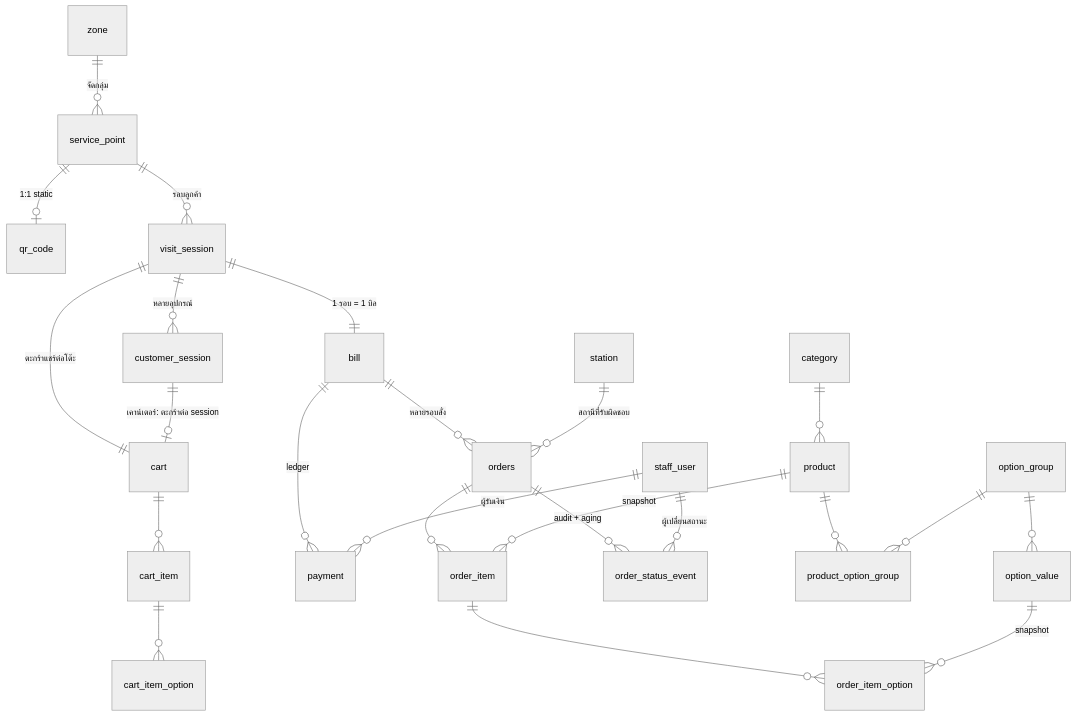
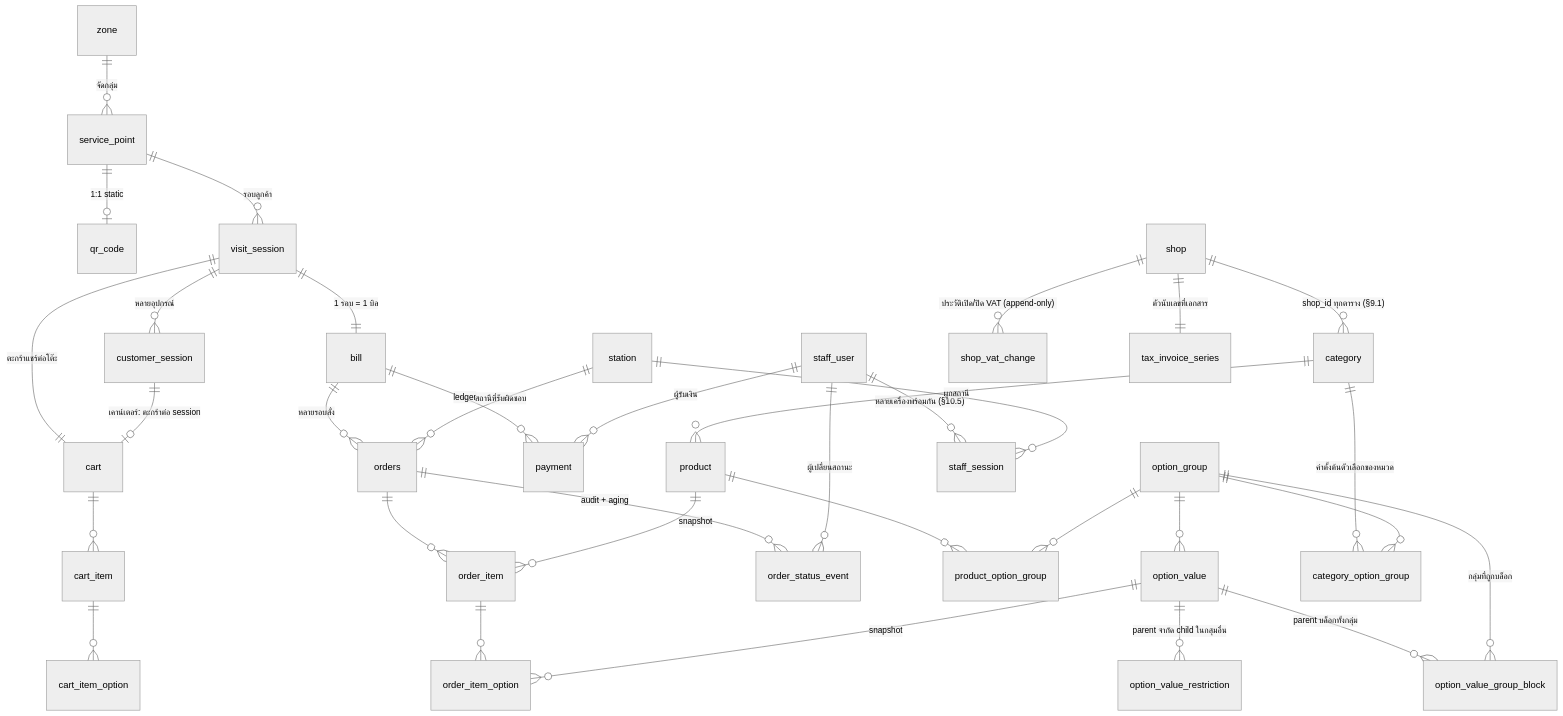
Before and after one commit to korakotcha06-dev/demo-project: the first of 3 diagrams in docs/02-design/02-technical/data-model-v1.md, drawn with Mermaid (neutral theme). The commit also changed other lines of this file and 10 other files, not shown here.

````diff
--- a/docs/02-design/02-technical/data-model-v1.md
+++ b/docs/02-design/02-technical/data-model-v1.md
@@ -32,26 +34,36 @@
 ```mermaid
 erDiagram
     zone ||--o{ service_point : "จัดกลุ่ม"
     service_point ||--o| qr_code : "1:1 static"
     service_point ||--o{ visit_session : "รอบลูกค้า"
     visit_session ||--|| cart : "ตะกร้าแชร์ต่อโต๊ะ"
     visit_session ||--|| bill : "1 รอบ = 1 บิล"
     visit_session ||--o{ customer_session : "หลายอุปกรณ์"
     customer_session ||--o| cart : "เคาน์เตอร์: ตะกร้าต่อ session"
     cart ||--o{ cart_item : ""
     cart_item ||--o{ cart_item_option : ""
     bill ||--o{ orders : "หลายรอบสั่ง"
     bill ||--o{ payment : "ledger"
     orders ||--o{ order_item : ""
     orders ||--o{ order_status_event : "audit + aging"
     order_item ||--o{ order_item_option : ""
     category ||--o{ product : ""
     product ||--o{ product_option_group : ""
     option_group ||--o{ product_option_group : ""
     option_group ||--o{ option_value : ""
     option_value ||--o{ order_item_option : "snapshot"
     product ||--o{ order_item : "snapshot"
     station ||--o{ orders : "สถานีที่รับผิดชอบ"
     staff_user ||--o{ payment : "ผู้รับเงิน"
     staff_user ||--o{ order_status_event : "ผู้เปลี่ยนสถานะ"
+    shop ||--o{ category : "shop_id ทุกตาราง (§9.1)"
+    staff_user ||--o{ staff_session : "หลายเครื่องพร้อมกัน (§10.5)"
+    station ||--o{ staff_session : "ผูกสถานี"
+    shop ||--o{ shop_vat_change : "ประวัติเปิด/ปิด VAT (append-only)"
+    shop ||--|| tax_invoice_series : "ตัวนับเลขที่เอกสาร"
+    category ||--o{ category_option_group : "ค่าตั้งต้นตัวเลือกของหมวด"
+    option_group ||--o{ category_option_group : ""
+    option_value ||--o{ option_value_restriction : "parent จำกัด child ในกลุ่มอื่น"
+    option_value ||--o{ option_value_group_block : "parent บล็อกทั้งกลุ่ม"
+    option_group ||--o{ option_value_group_block : "กลุ่มที่ถูกบล็อก"
 ```
````
